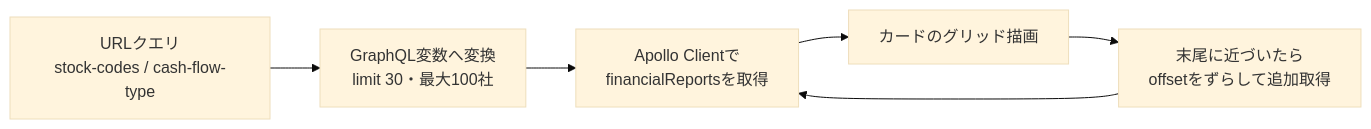
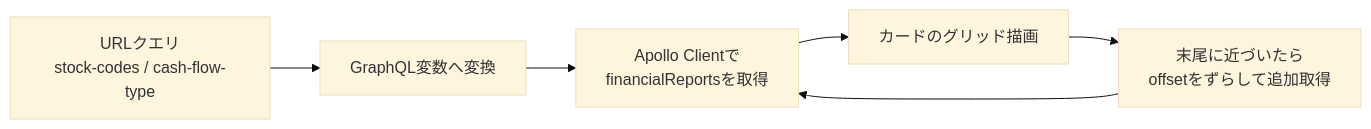
Before and after one commit to shin4488/financial-statement: the first of 2 diagrams in docs/guide/06_frontend.md, drawn with Mermaid (base theme). The commit also changed other lines of this file and 5 other files, not shown here.

First line of the commit message:
change: guide 05/06を図表・具体例中心に再構成、07をスリム化、用語集を削除

````diff
--- a/docs/guide/06_frontend.md
+++ b/docs/guide/06_frontend.md
@@ -27,8 +27,8 @@
 ```mermaid
 flowchart LR
-    URL["URLクエリ<br>stock-codes / cash-flow-type"] --> Vars["GraphQL変数へ変換<br>limit 30・最大100社"]
+    URL["URLクエリ<br>stock-codes / cash-flow-type"] --> Vars["GraphQL変数へ変換"]
     Vars --> Apollo["Apollo Clientで<br>financialReportsを取得"]
     Apollo --> Grid["カードのグリッド描画"]
     Grid --> Scroll["末尾に近づいたら<br>offsetをずらして追加取得"]
     Scroll --> Apollo
 ```
````
